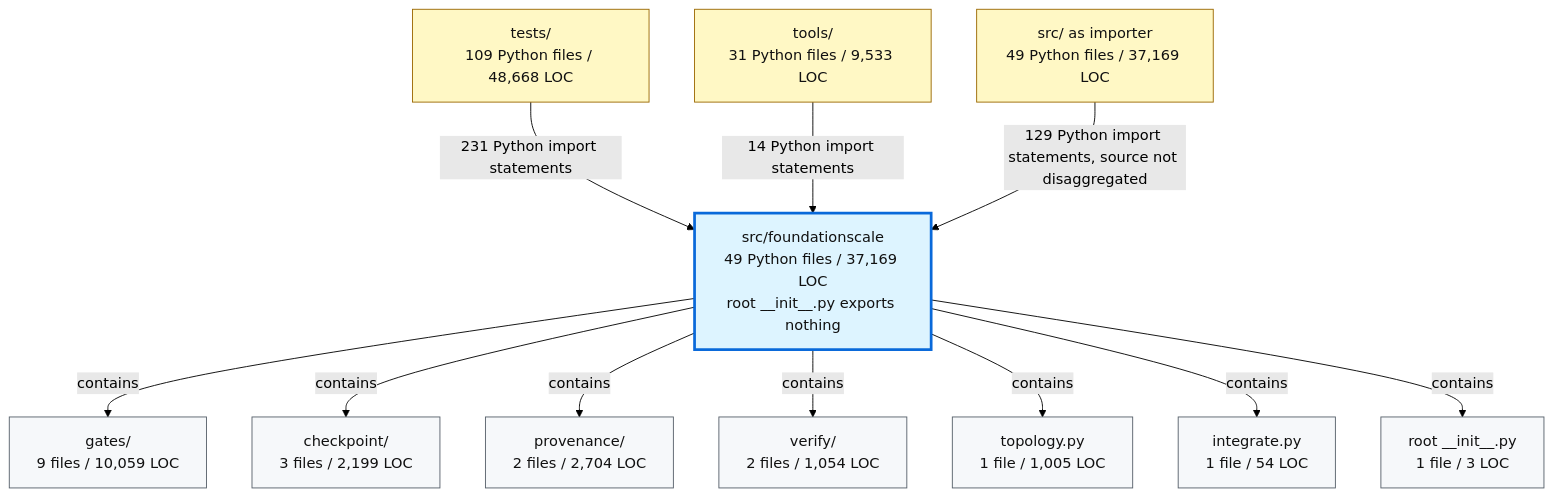
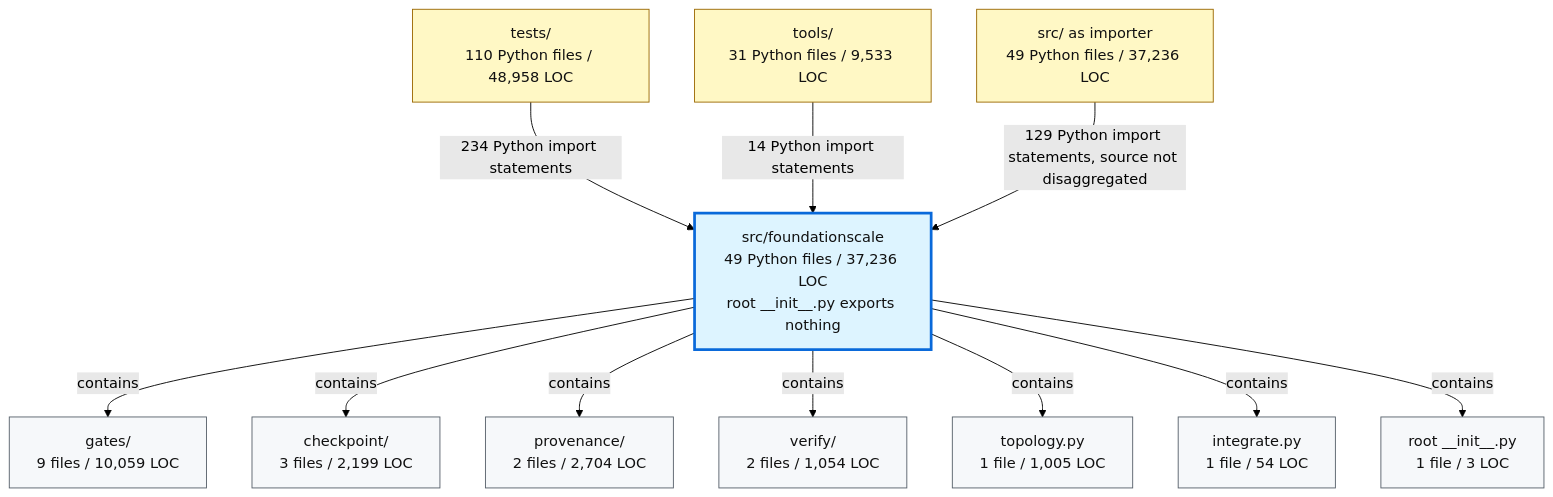
The second of 2 diagrams in docs/review/D2_current_architecture.md (TranNhiem/FoundationScale), drawn with Mermaid (forest theme) before and after one commit. The commit also changed other lines of this file and 16 other files, not shown here.

````diff
--- a/docs/review/D2_current_architecture.md
+++ b/docs/review/D2_current_architecture.md
@@ -97,36 +97,36 @@
 ```mermaid
 flowchart TB
-  TESTS["tests/<br/>109 Python files / 48,668 LOC"]
+  TESTS["tests/<br/>110 Python files / 48,958 LOC"]
   TOOLS["tools/<br/>31 Python files / 9,533 LOC"]
-  SRC["src/ as importer<br/>49 Python files / 37,169 LOC"]
+  SRC["src/ as importer<br/>49 Python files / 37,236 LOC"]
 
-  FS["src/foundationscale<br/>49 Python files / 37,169 LOC<br/>root __init__.py exports nothing"]
+  FS["src/foundationscale<br/>49 Python files / 37,236 LOC<br/>root __init__.py exports nothing"]
 
   GATES["gates/<br/>9 files / 10,059 LOC"]
   CKPT["checkpoint/<br/>3 files / 2,199 LOC"]
   PROV["provenance/<br/>2 files / 2,704 LOC"]
   VERIFY["verify/<br/>2 files / 1,054 LOC"]
   TOPO["topology.py<br/>1 file / 1,005 LOC"]
   INTEG["integrate.py<br/>1 file / 54 LOC"]
   ROOT["root __init__.py<br/>1 file / 3 LOC"]
 
-  TESTS -->|"231 Python import statements"| FS
+  TESTS -->|"234 Python import statements"| FS
   TOOLS -->|"14 Python import statements"| FS
   SRC -->|"129 Python import statements, source not disaggregated"| FS
 
   FS -->|"contains"| GATES
   FS -->|"contains"| CKPT
   FS -->|"contains"| PROV
   FS -->|"contains"| VERIFY
   FS -->|"contains"| TOPO
   FS -->|"contains"| INTEG
   FS -->|"contains"| ROOT
 
   classDef consumer fill:#fff8c5,stroke:#9a6700,color:#111;
   classDef package fill:#ddf4ff,stroke:#0969da,stroke-width:3px,color:#111;
   classDef module fill:#f6f8fa,stroke:#57606a,color:#111;
 
   class TESTS,TOOLS,SRC consumer;
   class FS package;
   class GATES,CKPT,PROV,VERIFY,TOPO,INTEG,ROOT module;
 ```
````
